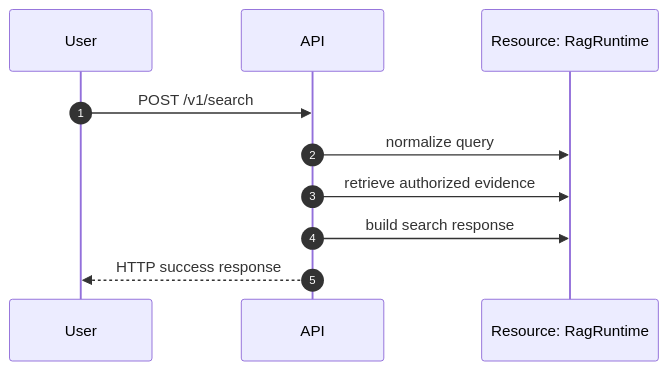
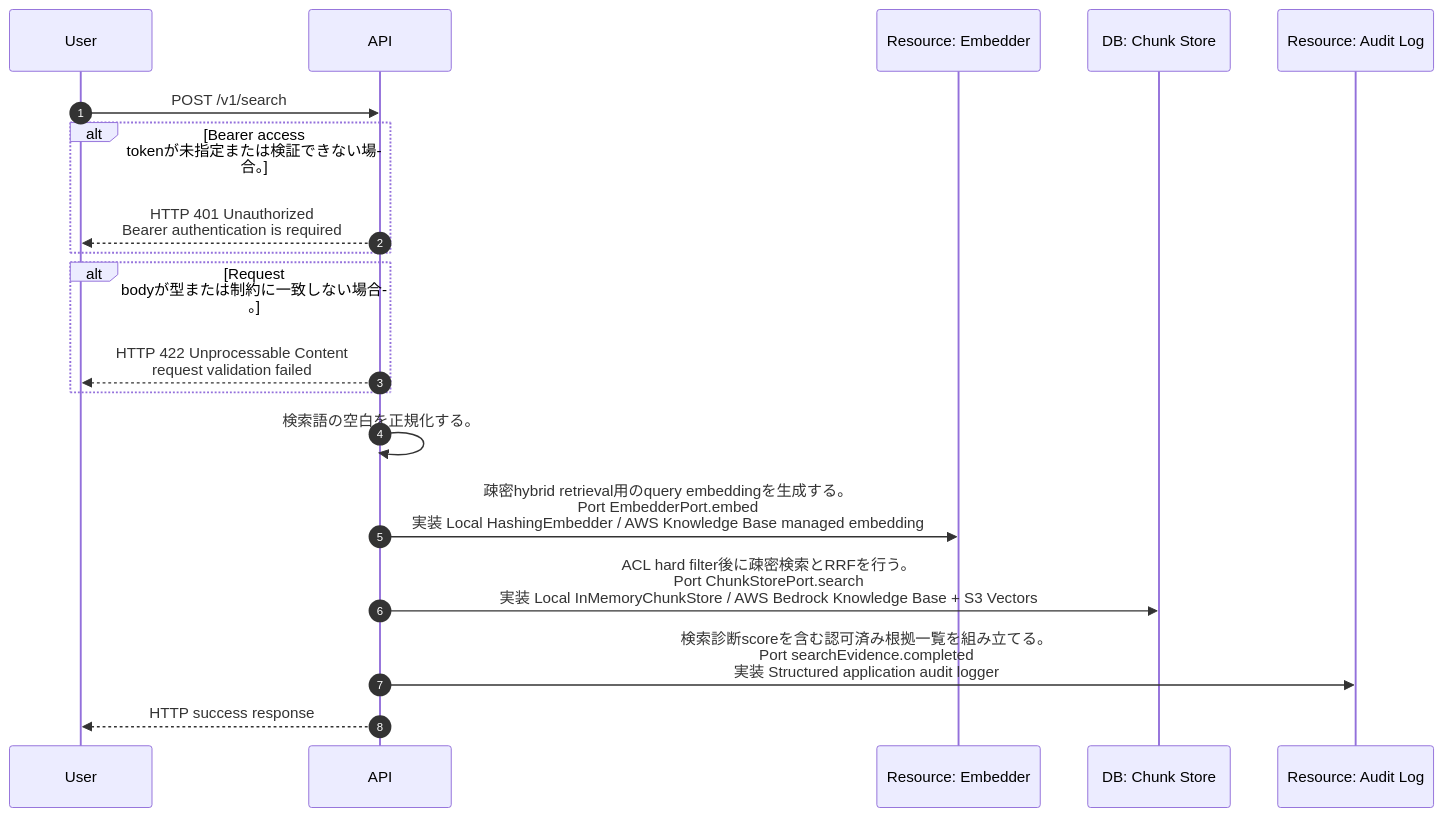
One commit to tsuji-tomonori/rag-sample changed the diagram in docs/spec/40.apis/retrieval/search_evidence/sequence_gen.md. Above: the diagram before and after it, drawn with Mermaid. The commit also changed 60 other files, not shown here.

Commit message:
♻️ refactor(api): 実装由来のDB・resource sequence生成へ刷新

````diff
--- a/docs/spec/40.apis/retrieval/search_evidence/sequence_gen.md
+++ b/docs/spec/40.apis/retrieval/search_evidence/sequence_gen.md
@@ -5,12 +5,21 @@
 ```mermaid
 sequenceDiagram
   autonumber
   participant User as User
   participant API as API
-  participant RAG as Resource: RagRuntime
+  participant R_embedder as Resource: Embedder
+  participant DB as DB: Chunk Store
+  participant R_audit_log as Resource: Audit Log
   User->>API: POST /v1/search
-  API->>RAG: normalize query
-  API->>RAG: retrieve authorized evidence
-  API->>RAG: build search response
+  alt Bearer access tokenが未指定または検証できない場合。
+    API-->>User: HTTP 401 Unauthorized<br/>Bearer authentication is required
+  end
+  alt Request bodyが型または制約に一致しない場合。
+    API-->>User: HTTP 422 Unprocessable Content<br/>request validation failed
+  end
+  API->>API: 検索語の空白を正規化する。
+  API->>R_embedder: 疎密hybrid retrieval用のquery embeddingを生成する。<br/>Port EmbedderPort.embed<br/>実装 Local HashingEmbedder / AWS Knowledge Base managed embedding
+  API->>DB: ACL hard filter後に疎密検索とRRFを行う。<br/>Port ChunkStorePort.search<br/>実装 Local InMemoryChunkStore / AWS Bedrock Knowledge Base + S3 Vectors
+  API->>R_audit_log: 検索診断scoreを含む認可済み根拠一覧を組み立てる。<br/>Port searchEvidence.completed<br/>実装 Structured application audit logger
   API-->>User: HTTP success response
 ```
````
